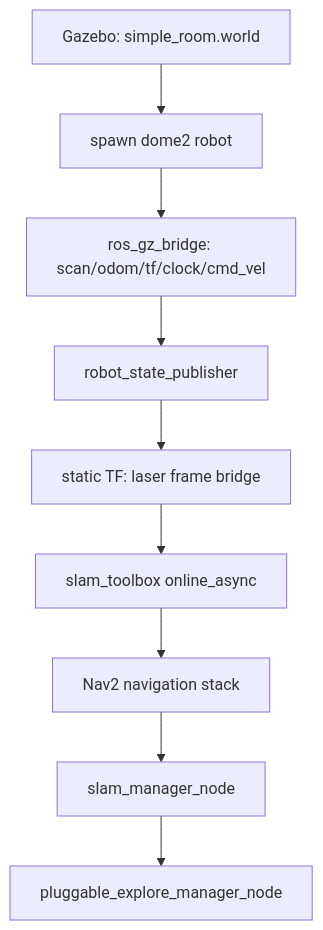
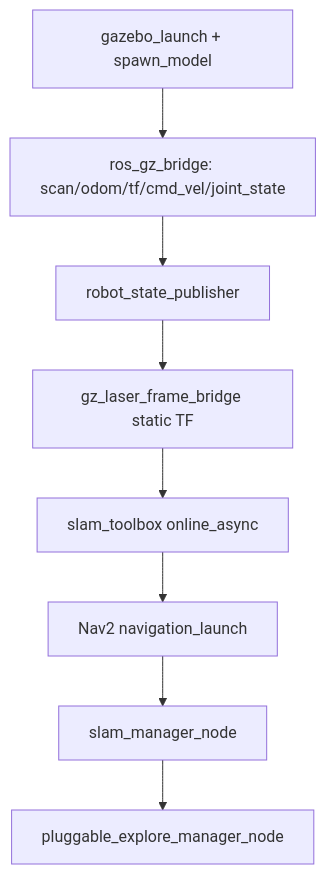
The diagram in 01-literate/11-sim_explore_launch.md (Boston-Robot-Hackers/dome_nav), drawn with Mermaid before and after one commit. The commit also changed other lines of this file and 11 other files, not shown here.

````diff
--- a/01-literate/11-sim_explore_launch.md
+++ b/01-literate/11-sim_explore_launch.md
@@ -33,11 +46,10 @@
 ```mermaid
 flowchart TD
-    A[Gazebo: simple_room.world] --> B[spawn dome2 robot]
-    B --> C[ros_gz_bridge: scan/odom/tf/clock/cmd_vel]
-    C --> D[robot_state_publisher]
-    D --> E[static TF: laser frame bridge]
-    E --> F[slam_toolbox online_async]
-    F --> G[Nav2 navigation stack]
-    G --> H[slam_manager_node]
-    H --> I[pluggable_explore_manager_node]
+    GZ[gazebo_launch + spawn_model] --> BR[ros_gz_bridge: scan/odom/tf/cmd_vel/joint_state]
+    BR --> RSP[robot_state_publisher]
+    RSP --> LTF[gz_laser_frame_bridge static TF]
+    LTF --> SLAM[slam_toolbox online_async]
+    SLAM --> NAV[Nav2 navigation_launch]
+    NAV --> SM[slam_manager_node]
+    SM --> EXP[pluggable_explore_manager_node]
 ```
````
